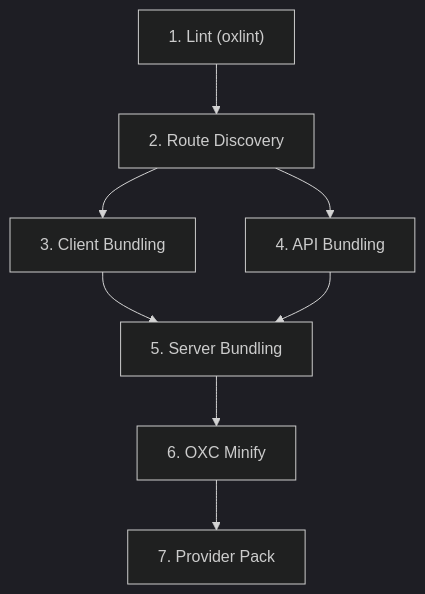
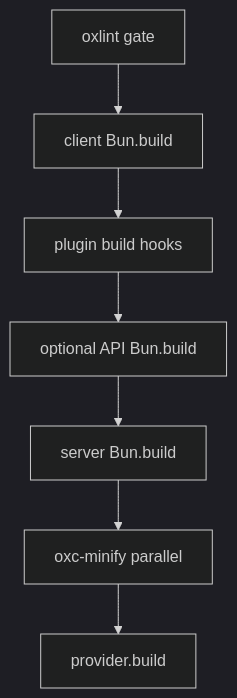
One commit to manic-js/docs changed the third of 4 diagrams in content/docs/core/architecture.mdx. Above: the diagram before and after it, drawn with Mermaid (dark theme). The commit also changed other lines of this file and 93 other files, not shown here.

````diff
--- a/content/docs/core/architecture.mdx
+++ b/content/docs/core/architecture.mdx
@@ -63,18 +61,12 @@
 ```mermaid
 graph TD
-    Lint["1. Lint (oxlint)"]
-    Discovery["2. Route Discovery"]
-    Client["3. Client Bundling"]
-    API["4. API Bundling"]
-    Server["5. Server Bundling"]
-    Minify["6. OXC Minify"]
-    Provider["7. Provider Pack"]
+  Lint["oxlint gate"]
+  Client["client Bun.build"]
+  Plugins["plugin build hooks"]
+  API["optional API Bun.build"]
+  Server["server Bun.build"]
+  Min["oxc-minify parallel"]
+  Prov["provider.build"]
 
-    Lint --> Discovery
-    Discovery --> Client
-    Discovery --> API
-    Client --> Server
-    API --> Server
-    Server --> Minify
-    Minify --> Provider
+  Lint --> Client --> Plugins --> API --> Server --> Min --> Prov
 ```
````
